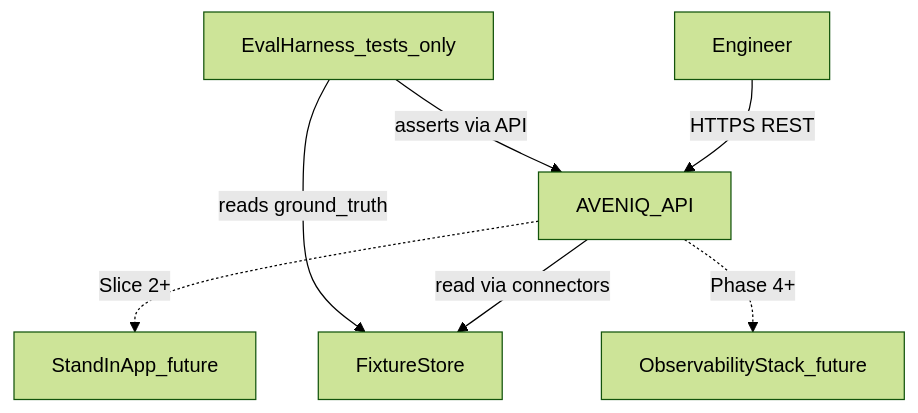
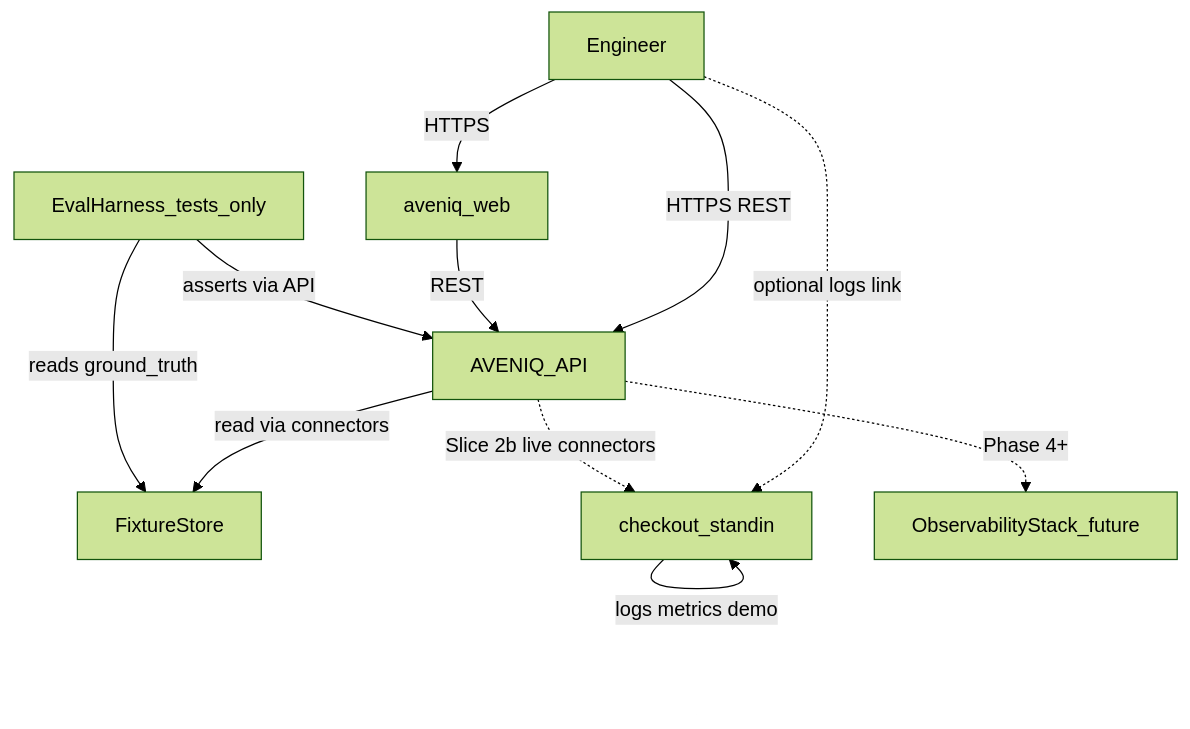
The diagram in engineering/hld/01-system-context.md (prasadpingale24/aveniq), drawn with Mermaid (forest theme) before and after one commit. The commit also changed other lines of this file and 49 other files, not shown here.

First line of the commit message:
Slice 2: add Playground compose stack, stand-in service, web UI, and Docker API bind fix.

````diff
--- a/engineering/hld/01-system-context.md
+++ b/engineering/hld/01-system-context.md
@@ -7,16 +7,21 @@
 ```mermaid
 flowchart TB
   Engineer[Engineer]
   AVENIQ[AVENIQ_API]
+  Web[aveniq_web]
   Fixtures[FixtureStore]
-  FutureApp[StandInApp_future]
+  StandIn[checkout_standin]
   FutureObs[ObservabilityStack_future]
   Eval[EvalHarness_tests_only]
 
+  Engineer -->|"HTTPS"| Web
   Engineer -->|"HTTPS REST"| AVENIQ
+  Web -->|"REST"| AVENIQ
   AVENIQ -->|"read via connectors"| Fixtures
-  AVENIQ -.->|"Slice 2+"| FutureApp
+  StandIn -->|"logs metrics demo"| StandIn
+  Engineer -.->|"optional logs link"| StandIn
+  AVENIQ -.->|"Slice 2b live connectors"| StandIn
   AVENIQ -.->|"Phase 4+"| FutureObs
   Eval -->|"reads ground_truth"| Fixtures
   Eval -->|"asserts via API"| AVENIQ
 ```
````
